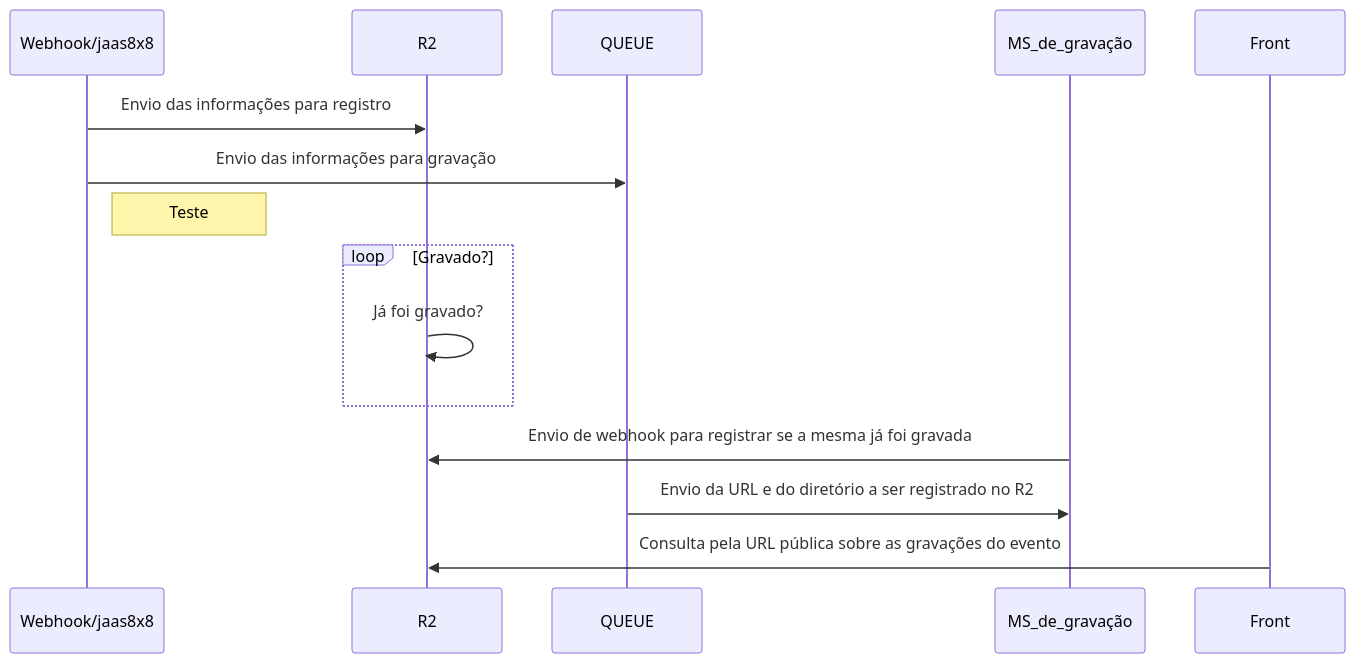
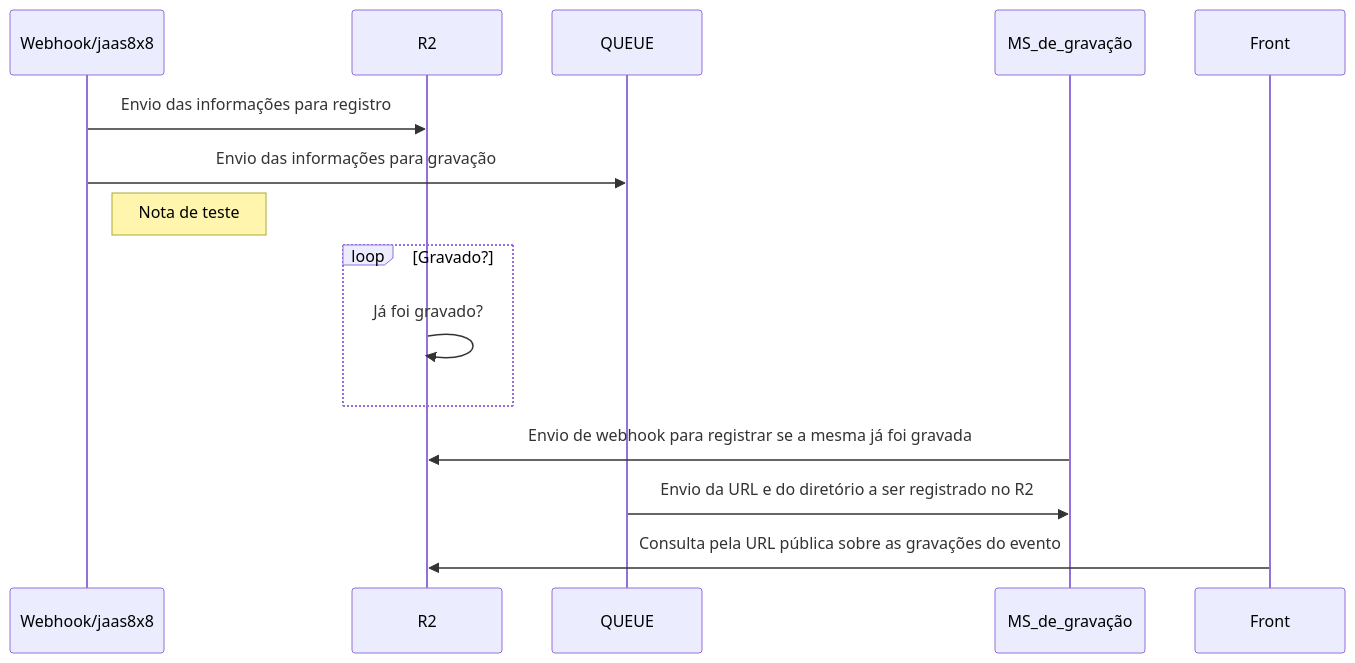
The diagram in README.md (rafaelvr14/supabaseExample), drawn with Mermaid before and after one commit.

````diff
--- a/README.md
+++ b/README.md
@@ -1,12 +1,12 @@
 ```mermaid
 sequenceDiagram
 Webhook/jaas8x8->>R2: Envio das informações para registro
 Webhook/jaas8x8->>QUEUE: Envio das informações para gravação
-Note right of Webhook/jaas8x8: Teste
+Note right of Webhook/jaas8x8: Nota de teste
 loop Gravado?
 R2->>R2: Já foi gravado?
 end
 MS_de_gravação->>R2: Envio de webhook para registrar se a mesma já foi gravada
 QUEUE->>MS_de_gravação: Envio da URL e do diretório a ser registrado no R2
 Front->>R2: Consulta pela URL pública sobre as gravações do evento
 ```
````
